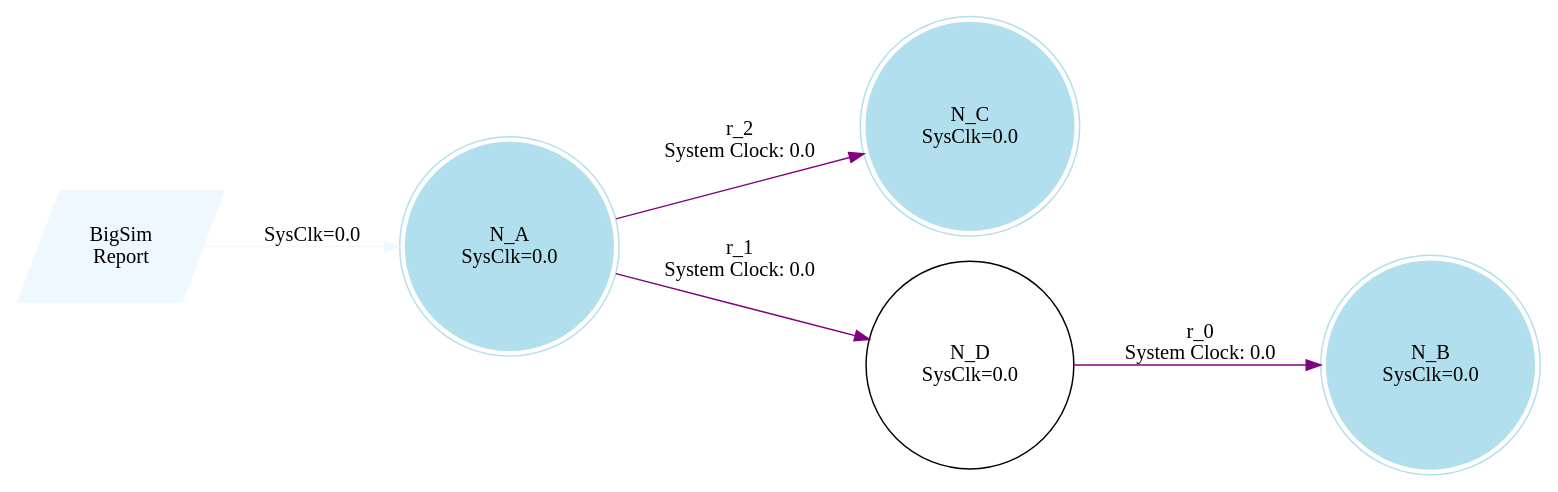
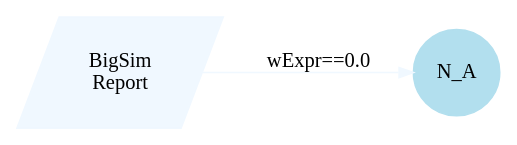
Before and after one commit to huanGninGshuanG/bigraph: the diagram in output.dot, drawn with Graphviz. The commit also changed 25 other files, not shown here.

```diff
--- a/output.dot
+++ b/output.dot
@@ -1,23 +1,11 @@
 digraph reaction_graph {
    rankdir=LR;
    Node [shape = circle];
    BigSim_Report [shape = parallelogram color = aliceblue style=filled label="BigSim
 Report"];
-BigSim_Report -> N_A[color = aliceblue label = "SysClk=0.0"];
+BigSim_Report -> N_A[color = aliceblue label = "wExpr==0.0
+"];
  N_A
  [shape=circle, color=lightblue2, style=filled];
-N_B[ shape = doublecircle, color=lightblue2, style=filled, label="N_B
-SysClk=0.0"];
-N_C[ shape = doublecircle, color=lightblue2, style=filled, label="N_C
-SysClk=0.0"];
-N_D[ label="N_D
-SysClk=0.0"];
- N_D -> N_B[color = purple  label = "r_0
-System Clock: 0.0"];
-N_A[ shape = doublecircle, color=lightblue2, style=filled, label="N_A
-SysClk=0.0"];
- N_A -> N_C[color = purple  label = "r_2
-System Clock: 0.0"];
- N_A -> N_D[color = purple  label = "r_1
-System Clock: 0.0"];
+N_A[ label="N_A"];
 }
```
